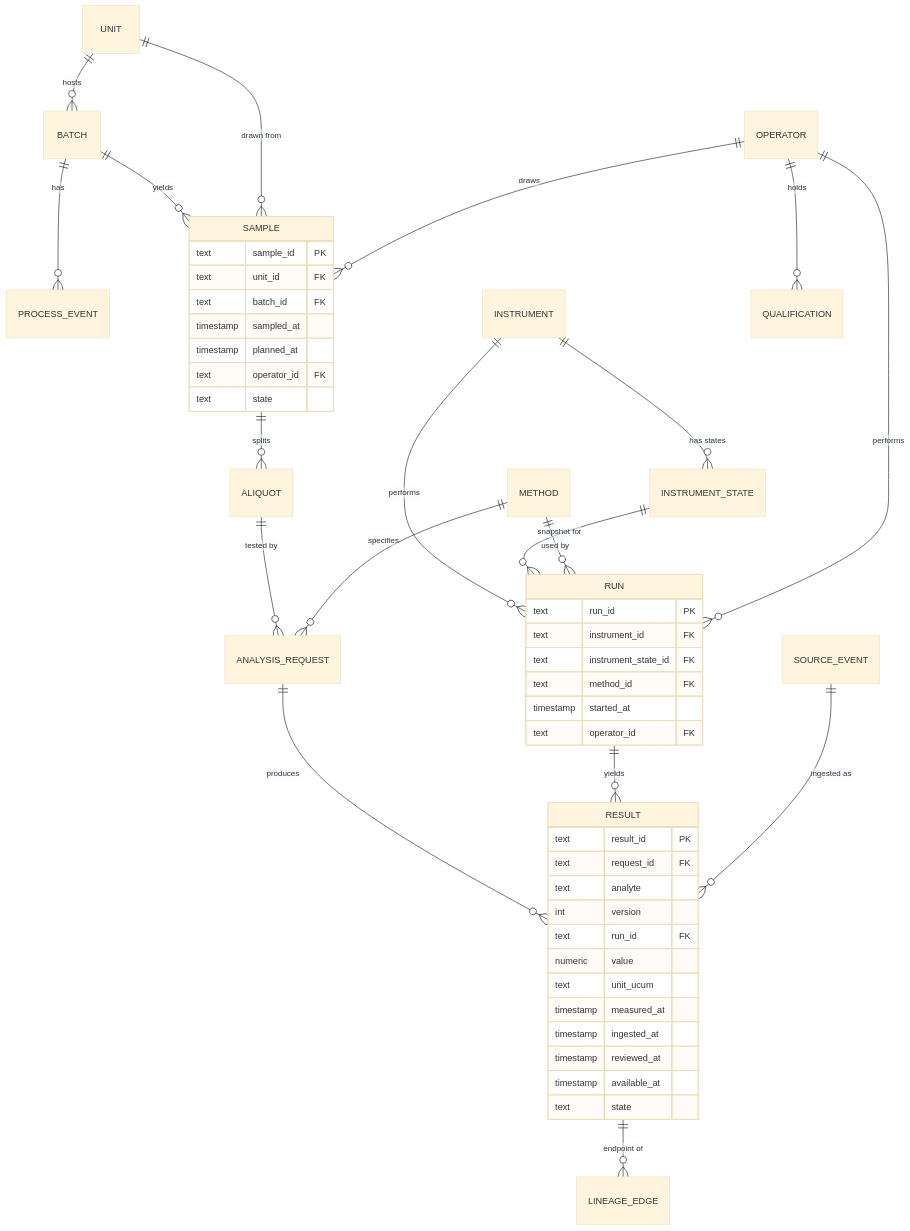
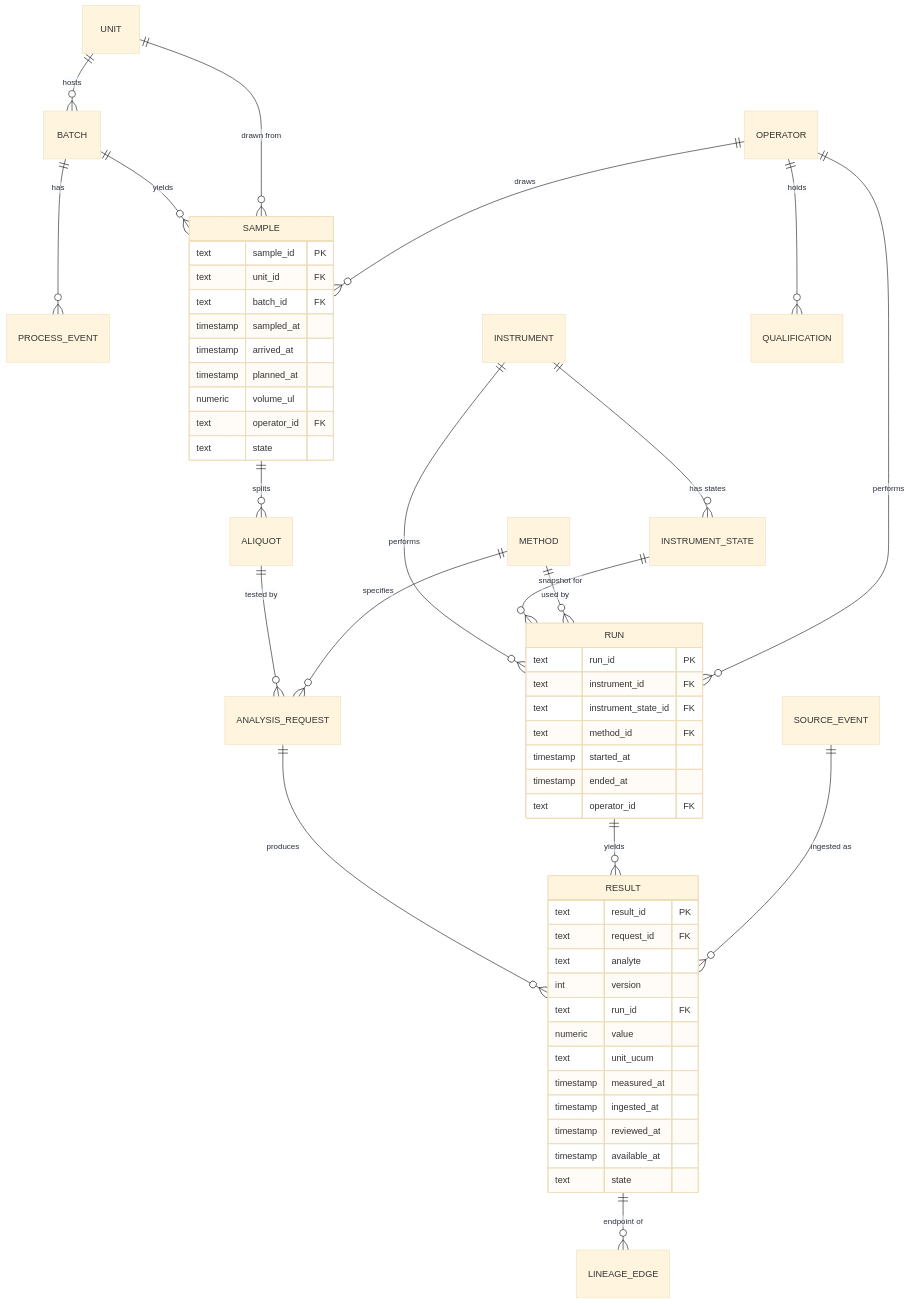
The first of 10 diagrams in docs/design/data_model.md (jin-wolee/LS_Bioprocess), drawn with Mermaid (base theme) before and after one commit. The commit also changed other lines of this file and 1 other file, not shown here.

````diff
--- a/docs/design/data_model.md
+++ b/docs/design/data_model.md
@@ -39,52 +39,55 @@
 ```mermaid
 erDiagram
   UNIT ||--o{ BATCH : hosts
   BATCH ||--o{ PROCESS_EVENT : has
   BATCH ||--o{ SAMPLE : yields
   UNIT ||--o{ SAMPLE : "drawn from"
   SAMPLE ||--o{ ALIQUOT : splits
   ALIQUOT ||--o{ ANALYSIS_REQUEST : "tested by"
   ANALYSIS_REQUEST ||--o{ RESULT : produces
   RUN ||--o{ RESULT : yields
   INSTRUMENT ||--o{ RUN : performs
   INSTRUMENT ||--o{ INSTRUMENT_STATE : "has states"
   INSTRUMENT_STATE ||--o{ RUN : "snapshot for"
   METHOD ||--o{ RUN : "used by"
   METHOD ||--o{ ANALYSIS_REQUEST : specifies
   OPERATOR ||--o{ SAMPLE : draws
   OPERATOR ||--o{ RUN : performs
   OPERATOR ||--o{ QUALIFICATION : holds
   SOURCE_EVENT ||--o{ RESULT : "ingested as"
   RESULT ||--o{ LINEAGE_EDGE : "endpoint of"
   SAMPLE {
     text sample_id PK
     text unit_id FK
     text batch_id FK
     timestamp sampled_at
+    timestamp arrived_at
     timestamp planned_at
+    numeric volume_ul
     text operator_id FK
     text state
   }
   RESULT {
     text result_id PK
     text request_id FK
     text analyte
     int version
     text run_id FK
     numeric value
     text unit_ucum
     timestamp measured_at
     timestamp ingested_at
     timestamp reviewed_at
     timestamp available_at
     text state
   }
   RUN {
     text run_id PK
     text instrument_id FK
     text instrument_state_id FK
     text method_id FK
     timestamp started_at
+    timestamp ended_at
     text operator_id FK
   }
 ```
````
